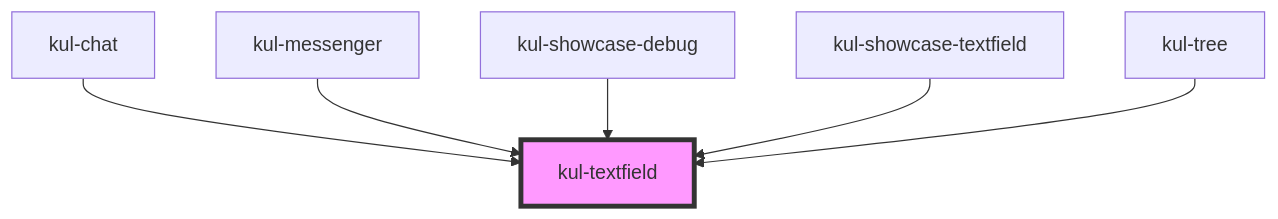
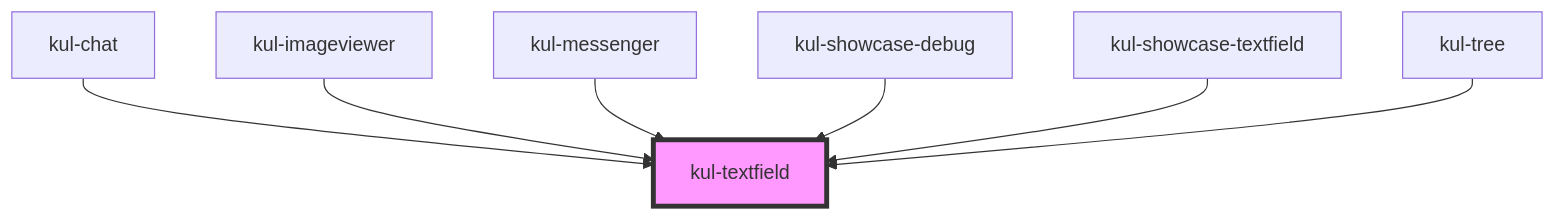
Before and after one commit to lucafoscili/ketchup-lite: the diagram in packages/ketchup-lite/src/components/kul-textfield/readme.md, drawn with Mermaid. The commit also changed other lines of this file and 29 other files, not shown here.

````diff
--- a/packages/ketchup-lite/src/components/kul-textfield/readme.md
+++ b/packages/ketchup-lite/src/components/kul-textfield/readme.md
@@ -164,9 +165,10 @@
 ```mermaid
 graph TD;
   kul-chat --> kul-textfield
+  kul-imageviewer --> kul-textfield
   kul-messenger --> kul-textfield
   kul-showcase-debug --> kul-textfield
   kul-showcase-textfield --> kul-textfield
   kul-tree --> kul-textfield
   style kul-textfield fill:#f9f,stroke:#333,stroke-width:4px
 ```
````
